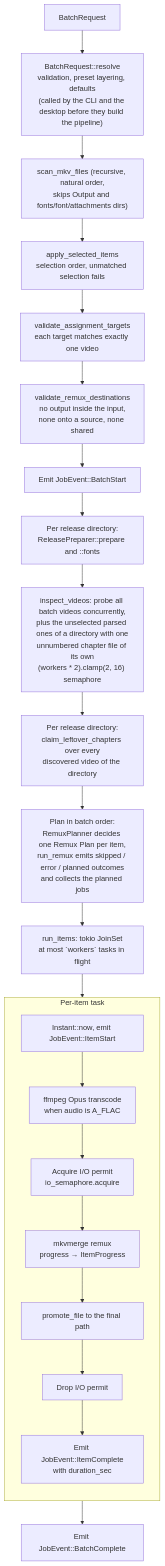
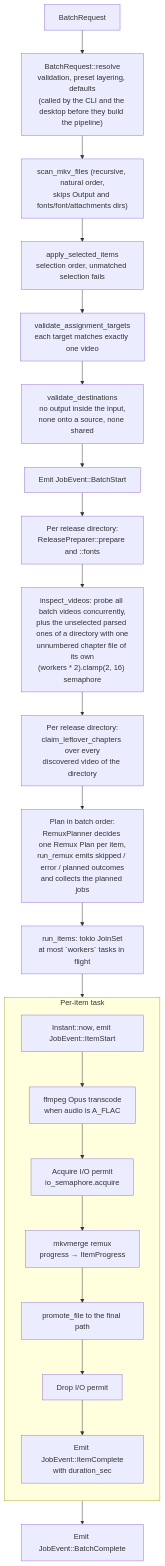
Before and after one commit to Si-Forces/mkvanimebatch: the fifth of 8 diagrams in architecture.md, drawn with Mermaid. The commit also changed other lines of this file and 8 other files, not shown here.

````diff
--- a/architecture.md
+++ b/architecture.md
@@ -399,27 +399,27 @@
 ```mermaid
 flowchart TD
     Req["BatchRequest"] --> Config["BatchRequest::resolve\nvalidation, preset layering, defaults\n(called by the CLI and the desktop before they build the pipeline)"]
     Config --> Discover["scan_mkv_files (recursive, natural order,\nskips Output and fonts/font/attachments dirs)"]
     Discover --> Select["apply_selected_items\nselection order, unmatched selection fails"]
     Select --> Targets["validate_assignment_targets\neach target matches exactly one video"]
-    Targets --> Dests["validate_remux_destinations\nno output inside the input,\nnone onto a source, none shared"]
+    Targets --> Dests["validate_destinations\nno output inside the input,\nnone onto a source, none shared"]
     Dests --> Start["Emit JobEvent::BatchStart"]
     Start --> Prep["Per release directory:\nReleasePreparer::prepare and ::fonts"]
     Prep --> Probe["inspect_videos: probe all batch videos concurrently,\nplus the unselected parsed ones of a directory with one\nunnumbered chapter file of its own\n(workers * 2).clamp(2, 16) semaphore"]
     Probe --> Claim["Per release directory:\nclaim_leftover_chapters over every\ndiscovered video of the directory"]
     Claim --> Plan["Plan in batch order:\nRemuxPlanner decides one Remux Plan per item,\nrun_remux emits skipped / error / planned outcomes\nand collects the planned jobs"]
     Plan --> Schedule["run_items: tokio JoinSet\nat most `workers` tasks in flight"]
 
     subgraph ItemTask["Per-item task"]
         direction TB
         StartTimer["Instant::now, emit JobEvent::ItemStart"] --> Transcode["ffmpeg Opus transcode\nwhen audio is A_FLAC"]
         Transcode --> AcquireIO["Acquire I/O permit\nio_semaphore.acquire"]
         AcquireIO --> Mux["mkvmerge remux\nprogress → ItemProgress"]
         Mux --> Promote["promote_file to the final path"]
         Promote --> ReleaseIO["Drop I/O permit"]
         ReleaseIO --> EmitDone["Emit JobEvent::ItemComplete\nwith duration_sec"]
     end
 
     Schedule --> ItemTask
     ItemTask --> BatchDone["Emit JobEvent::BatchComplete"]
 ```
````
